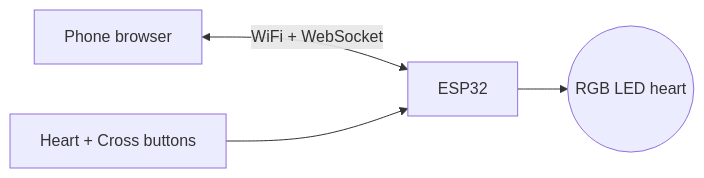
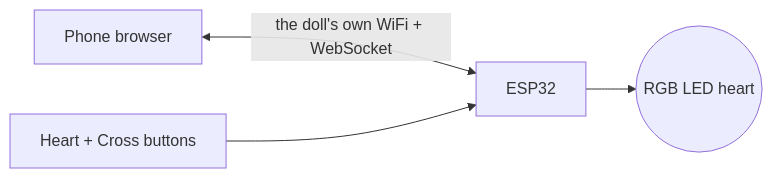
One commit to rkdotxyz/DM2601 changed the diagram in prototype/README.md. Above: the diagram before and after it, drawn with Mermaid. The commit also changed other lines of this file and 26 other files, not shown here.

First line of the commit message:
Give the doll its own WiFi, a captive portal and the 3D app

````diff
--- a/prototype/README.md
+++ b/prototype/README.md
@@ -23,6 +26,6 @@
 ```mermaid
 flowchart LR
-  phone["Phone browser"] <-- "WiFi + WebSocket" --> esp["ESP32"]
+  phone["Phone browser"] <-- "the doll's own WiFi + WebSocket" --> esp["ESP32"]
   buttons["Heart + Cross buttons"] --> esp
   esp --> led(("RGB LED heart"))
 ```
````
